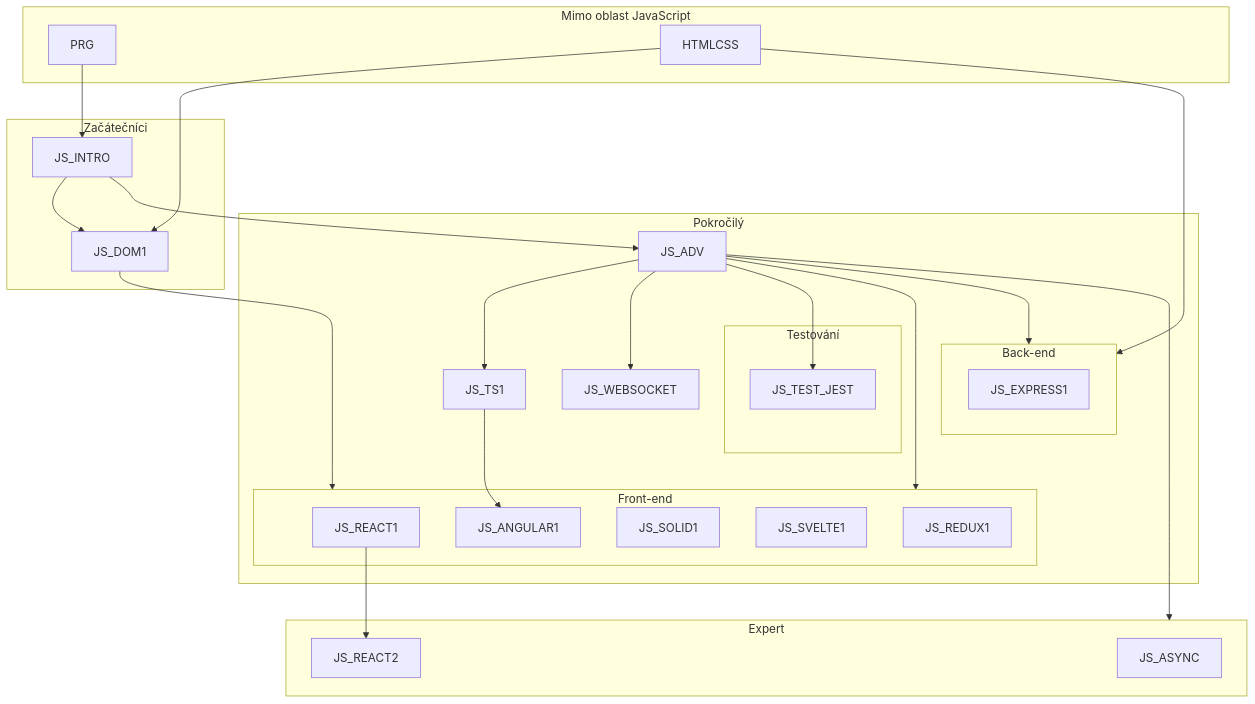
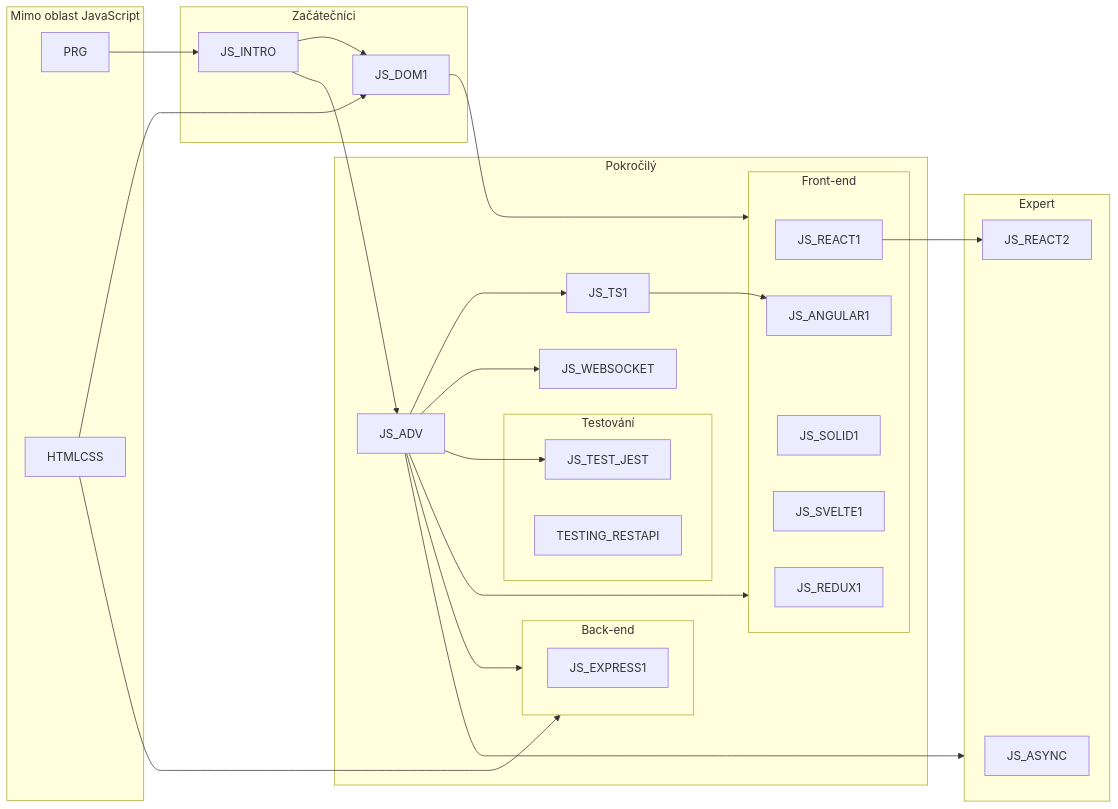
The diagram in map.md (mbradic/gopas-osnovy), drawn with Mermaid before and after one commit.

Commit message:
TESTING_RESTAPI přidán do mapy

````diff
--- a/map.md
+++ b/map.md
@@ -3,56 +3,57 @@
 ```mermaid
-graph TD
+graph LR
     subgraph Mimo oblast JavaScript
         PRG
         HTMLCSS
     end
     subgraph Začátečníci
         JS_INTRO
         JS_DOM1
     end
     subgraph Pokročilý
         JS_ADV
         JS_TS1
         subgraph Front-end
             JS_REACT1
             JS_ANGULAR1
             JS_SOLID1
             JS_SVELTE1
             JS_REDUX1            
         end
         subgraph Back-end
             JS_EXPRESS1
         end
         subgraph Testování
             JS_TEST_JEST
+            TESTING_RESTAPI
         end
         JS_WEBSOCKET
     end
     subgraph Expert
         JS_ASYNC
         JS_REACT2
     end
 
     PRG --> JS_INTRO
     HTMLCSS --> JS_DOM1
     
     JS_DOM1 --> Front-end
     JS_ADV  --> Front-end
 
     HTMLCSS --> Back-end
     JS_ADV  --> Back-end
     
     JS_ADV --> Expert
     
     JS_INTRO --> JS_DOM1
     JS_INTRO --> JS_ADV
     
     JS_ADV --> JS_TS1
     JS_TS1 --> JS_ANGULAR1
     
     JS_ADV --> JS_WEBSOCKET
 
     JS_ADV --> JS_TEST_JEST
 
     JS_REACT1 --> JS_REACT2
 ```
````
